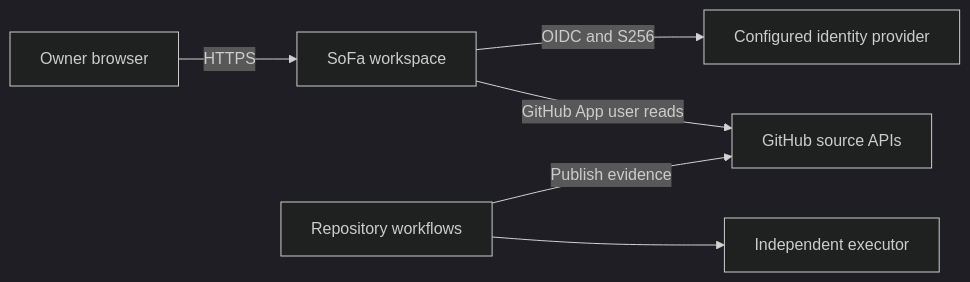
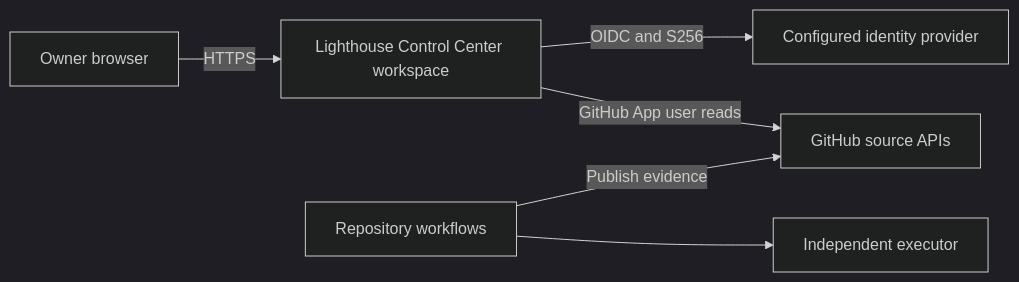
Before and after one commit to juangcarmona/lighthouse-control-center: the first of 2 diagrams in docs/architecture/03-context-and-scope/README.md, drawn with Mermaid (dark theme). The commit also changed other lines of this file and 34 other files, not shown here.

Commit message:
feat(123): use Lighthouse Control Center product wording

````diff
--- a/docs/architecture/03-context-and-scope/README.md
+++ b/docs/architecture/03-context-and-scope/README.md
@@ -13,10 +13,10 @@
 ```mermaid
 flowchart LR
   accTitle: Authenticated observation and independent repository delivery
-  accDescr: The owner accesses SoFa through HTTPS. SoFa authenticates with its configured provider and reads GitHub using a separately connected user. Repository workflows execute independently of SoFa.
-  Owner[Owner browser] -->|HTTPS| Workspace[SoFa workspace]
+  accDescr: The owner accesses Lighthouse Control Center through HTTPS. Lighthouse Control Center authenticates with its configured provider and reads GitHub using a separately connected user. Repository workflows execute independently of Lighthouse Control Center.
+  Owner[Owner browser] -->|HTTPS| Workspace[Lighthouse Control Center workspace]
   Workspace -->|OIDC and S256| Identity[Configured identity provider]
   Workspace -->|GitHub App user reads| GitHub[GitHub source APIs]
   Workflows[Repository workflows] --> Executor[Independent executor]
   Workflows -->|Publish evidence| GitHub
 ```
````
